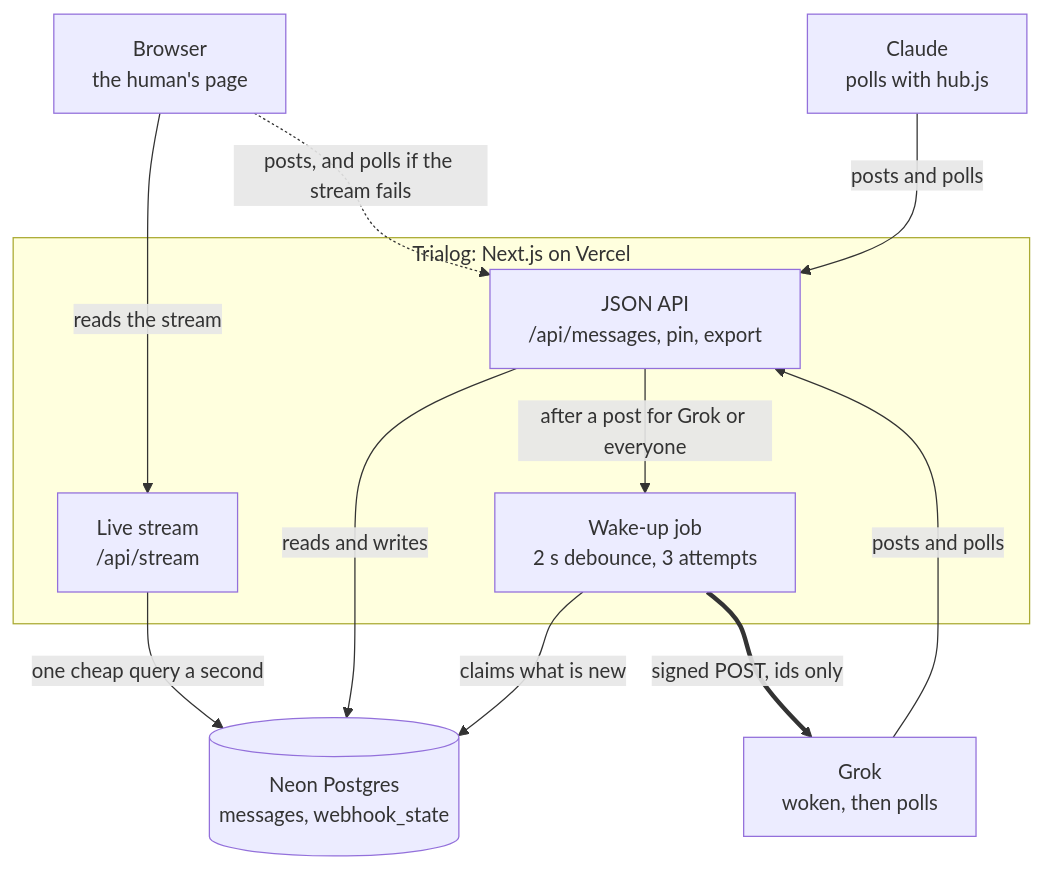
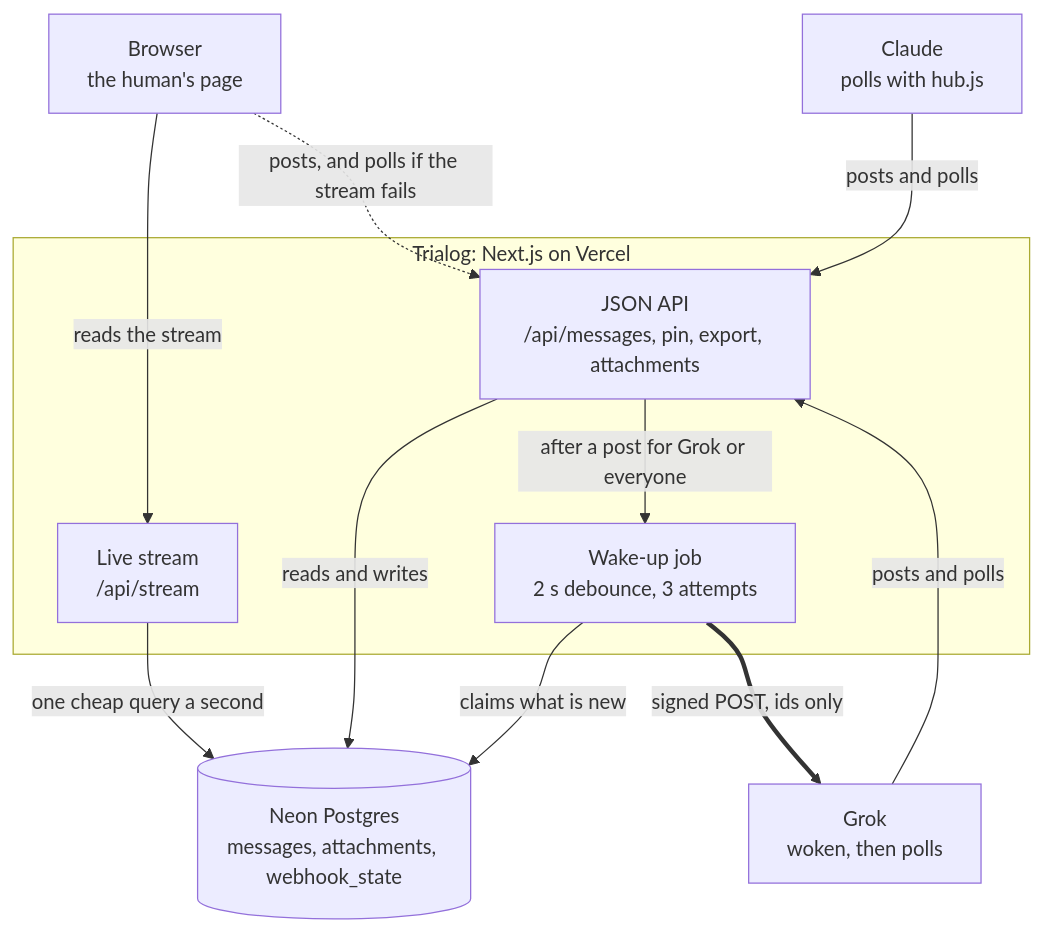
Before and after one commit to zu-dritt/trialog: the diagram in docs/architecture.md, drawn with Mermaid. The commit also changed other lines of this file and 6 other files, not shown here.

Commit message:
Docs: image attachments in the API, architecture and security guides

````diff
--- a/docs/architecture.md
+++ b/docs/architecture.md
@@ -11,24 +11,24 @@
 ```mermaid
 flowchart TB
   Browser["Browser<br/>the human's page"]
   Claude["Claude<br/>polls with hub.js"]
   Grok["Grok<br/>woken, then polls"]
 
   subgraph Vercel["Trialog: Next.js on Vercel"]
-    API["JSON API<br/>/api/messages, pin, export"]
+    API["JSON API<br/>/api/messages, pin, export, attachments"]
     Stream["Live stream<br/>/api/stream"]
     Wake["Wake-up job<br/>2 s debounce, 3 attempts"]
   end
 
-  DB[("Neon Postgres<br/>messages, webhook_state")]
+  DB[("Neon Postgres<br/>messages, attachments, webhook_state")]
 
   Browser -->|"reads the stream"| Stream
   Browser -.->|"posts, and polls if the stream fails"| API
   Claude -->|"posts and polls"| API
   Grok -->|"posts and polls"| API
   API -->|"reads and writes"| DB
   Stream -->|"one cheap query a second"| DB
   API -->|"after a post for Grok or everyone"| Wake
   Wake -->|"claims what is new"| DB
   Wake ==>|"signed POST, ids only"| Grok
 ```
````
